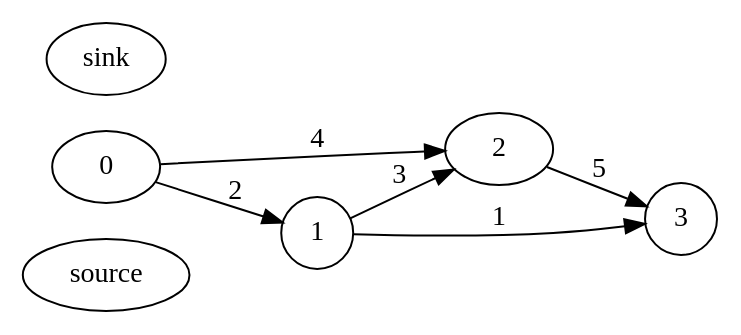
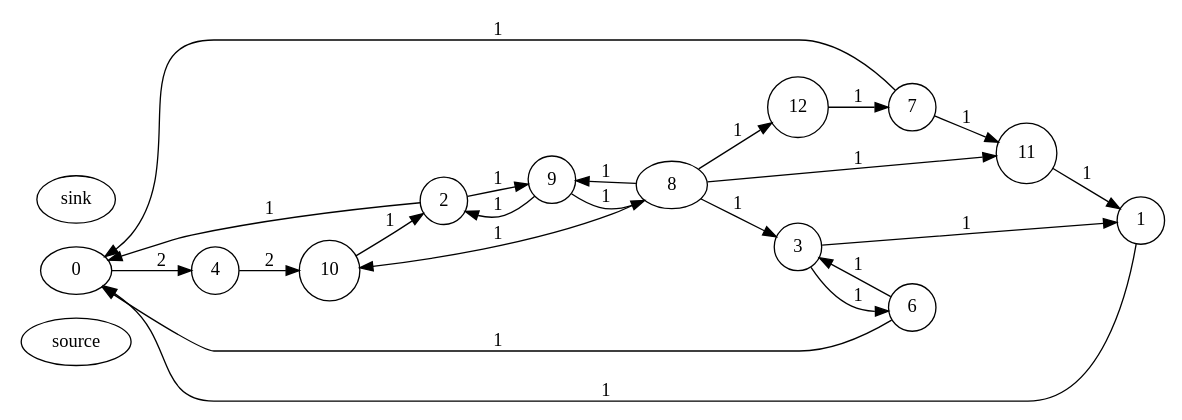
Before and after one commit to Faymir/Ocaml-FordFulkerson: the diagram in graph2.dot, drawn with Graphviz. The commit also changed 29 other files, not shown here.

```diff
--- a/graph2.dot
+++ b/graph2.dot
@@ -1,12 +1,28 @@
 digraph result {
 	rankdir=LR;
 	source 0
-	sink 2
+	sink 8
 	size="8,5"
 	node [shape = circle];
-		2 -> 3 [ label = "5" ];
-		1 -> 3 [ label = "1" ];
-		1 -> 2 [ label = "3" ];
-		0 -> 2 [ label = "4" ];
-		0 -> 1 [ label = "2" ];
+		7 -> 0 [ label = "1" ];
+		7 -> 11 [ label = "1" ];
+		12 -> 7 [ label = "1" ];
+		8 -> 12 [ label = "1" ];
+		8 -> 11 [ label = "1" ];
+		8 -> 3 [ label = "1" ];
+		8 -> 9 [ label = "1" ];
+		8 -> 10 [ label = "1" ];
+		1 -> 0 [ label = "1" ];
+		11 -> 1 [ label = "1" ];
+		3 -> 1 [ label = "1" ];
+		3 -> 6 [ label = "1" ];
+		6 -> 0 [ label = "1" ];
+		6 -> 3 [ label = "1" ];
+		2 -> 0 [ label = "1" ];
+		2 -> 9 [ label = "1" ];
+		9 -> 2 [ label = "1" ];
+		9 -> 8 [ label = "1" ];
+		10 -> 2 [ label = "1" ];
+		4 -> 10 [ label = "2" ];
+		0 -> 4 [ label = "2" ];
 }
```
